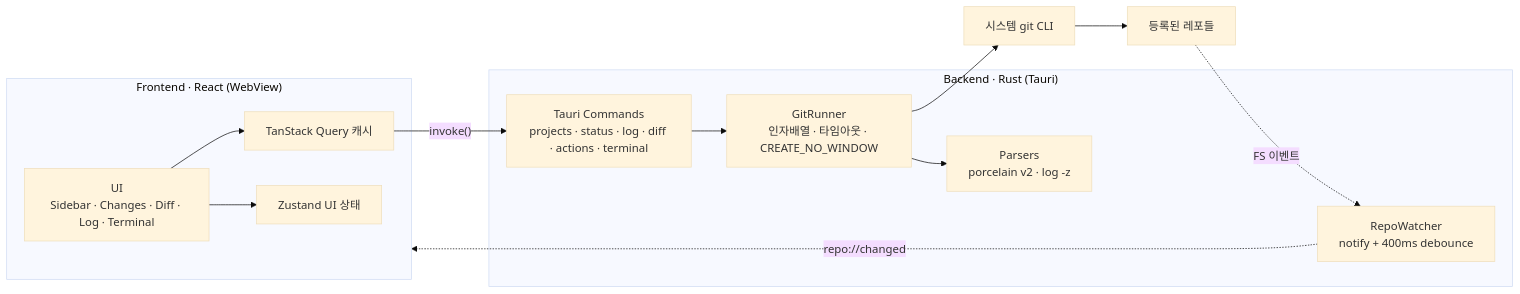
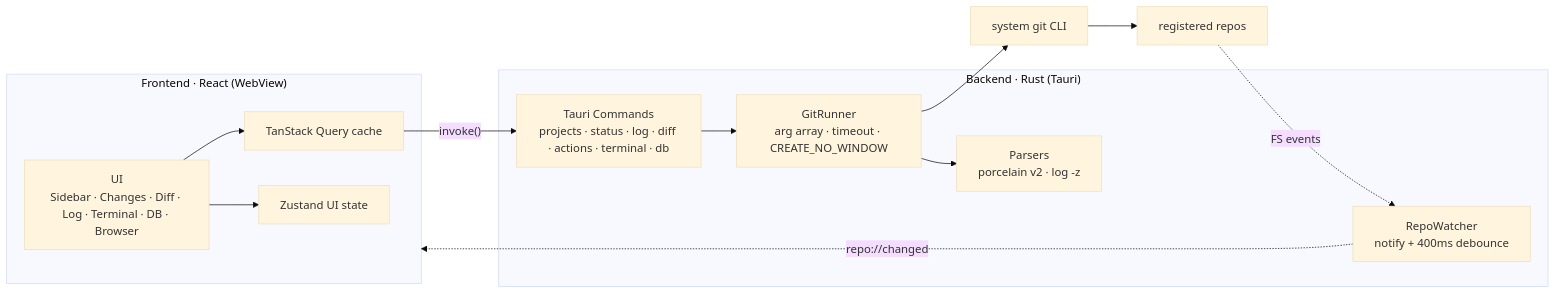
Before and after one commit to imtelloper/gitpervisor: the diagram in README.md, drawn with Mermaid (base theme). The commit also changed other lines of this file and 4 other files, not shown here.

````diff
--- a/README.md
+++ b/README.md
@@ -145,24 +173,24 @@
 ```mermaid
 graph LR
     subgraph FE["Frontend · React (WebView)"]
-        UI["UI<br/>Sidebar · Changes · Diff · Log · Terminal"]
-        QC["TanStack Query 캐시"]
-        ST["Zustand UI 상태"]
+        UI["UI<br/>Sidebar · Changes · Diff · Log · Terminal · DB · Browser"]
+        QC["TanStack Query cache"]
+        ST["Zustand UI state"]
         UI --> QC
         UI --> ST
     end
 
     subgraph BE["Backend · Rust (Tauri)"]
-        CMD["Tauri Commands<br/>projects · status · log · diff · actions · terminal"]
-        RUNNER["GitRunner<br/>인자배열 · 타임아웃 · CREATE_NO_WINDOW"]
+        CMD["Tauri Commands<br/>projects · status · log · diff · actions · terminal · db"]
+        RUNNER["GitRunner<br/>arg array · timeout · CREATE_NO_WINDOW"]
         PARSE["Parsers<br/>porcelain v2 · log -z"]
         WATCH["RepoWatcher<br/>notify + 400ms debounce"]
         CMD --> RUNNER --> PARSE
     end
 
     QC -- "invoke()" --> CMD
-    RUNNER --> GIT["시스템 git CLI"]
-    GIT --> REPOS["등록된 레포들"]
-    REPOS -. "FS 이벤트" .-> WATCH
+    RUNNER --> GIT["system git CLI"]
+    GIT --> REPOS["registered repos"]
+    REPOS -. "FS events" .-> WATCH
     WATCH -. "repo://changed" .-> FE
 ```
````
